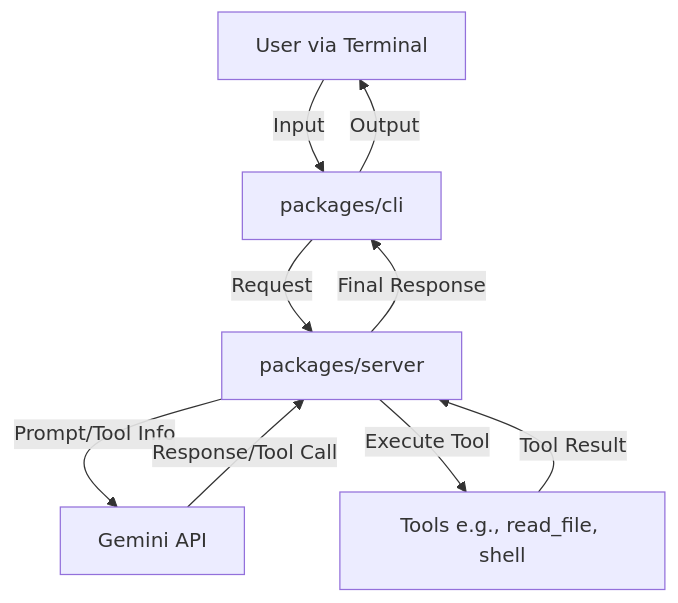
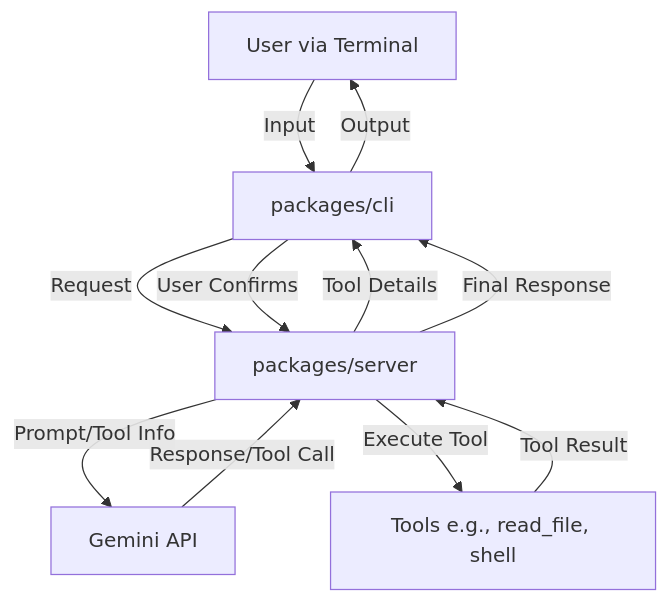
Before and after one commit to iagopontesbm/gemini-cli: the diagram in docs/architecture.md, drawn with Mermaid. The commit also changed other lines of this file and 20 other files, not shown here.

````diff
--- a/docs/architecture.md
+++ b/docs/architecture.md
@@ -52,11 +56,13 @@
 ```mermaid
 graph TD
     User[User via Terminal] -- Input --> CLI[packages/cli]
     CLI -- Request --> Server[packages/server]
     Server -- Prompt/Tool Info --> GeminiAPI[Gemini API]
     GeminiAPI -- Response/Tool Call --> Server
+    Server -- Tool Details --> CLI
+    CLI -- User Confirms --> Server
     Server -- Execute Tool --> Tools[Tools e.g., read_file, shell]
     Tools -- Tool Result --> Server
     Server -- Final Response --> CLI
     CLI -- Output --> User
 ```
````
